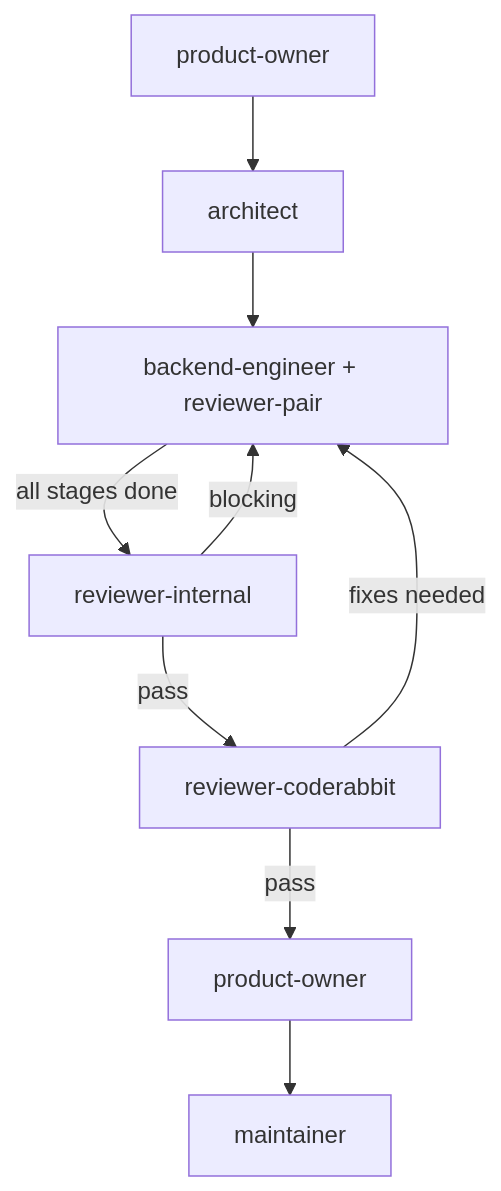
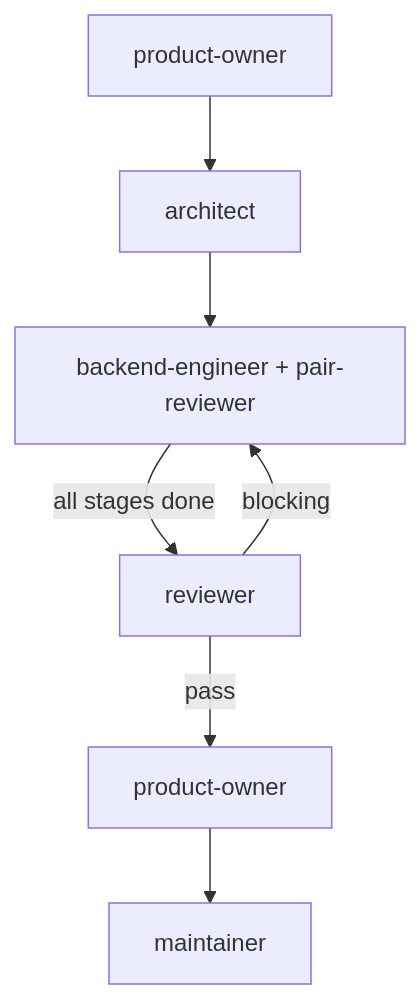
The diagram in agents/skills/workflow/variants/backend.md (thiscantbeserious/ragts-learning-platform), drawn with Mermaid before and after one commit. The commit also changed other lines of this file and 10 other files, not shown here.

First line of the commit message:
chore(agents): consolidate reviewer agents, rename pair reviewer

````diff
--- a/agents/skills/workflow/variants/backend.md
+++ b/agents/skills/workflow/variants/backend.md
@@ -5,11 +5,9 @@
 ```mermaid
 graph TD
     PO1[product-owner] --> Arch[architect]
-    Arch --> BE[backend-engineer + reviewer-pair]
-    BE -->|all stages done| IR[reviewer-internal]
-    IR -->|pass| CR[reviewer-coderabbit]
-    IR -->|blocking| BE
-    CR -->|pass| PO2[product-owner]
-    CR -->|fixes needed| BE
+    Arch --> BE[backend-engineer + pair-reviewer]
+    BE -->|all stages done| Rev[reviewer]
+    Rev -->|pass| PO2[product-owner]
+    Rev -->|blocking| BE
     PO2 --> M[maintainer]
 ```
````
